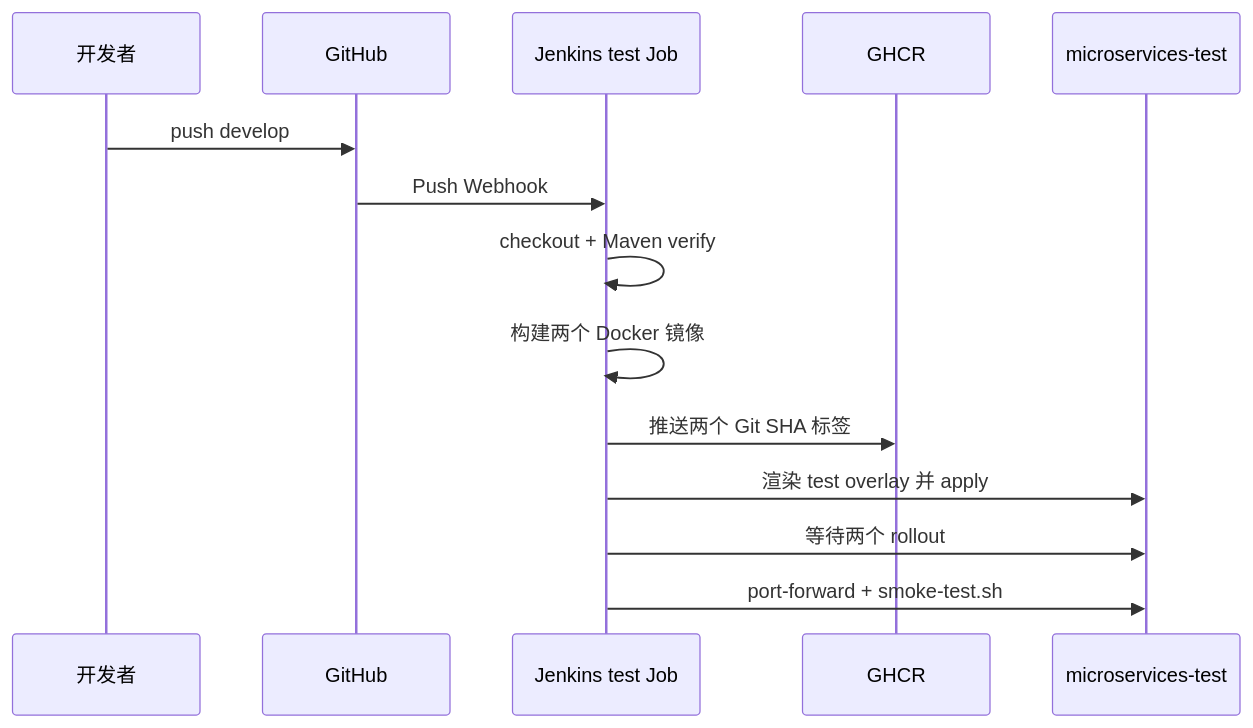
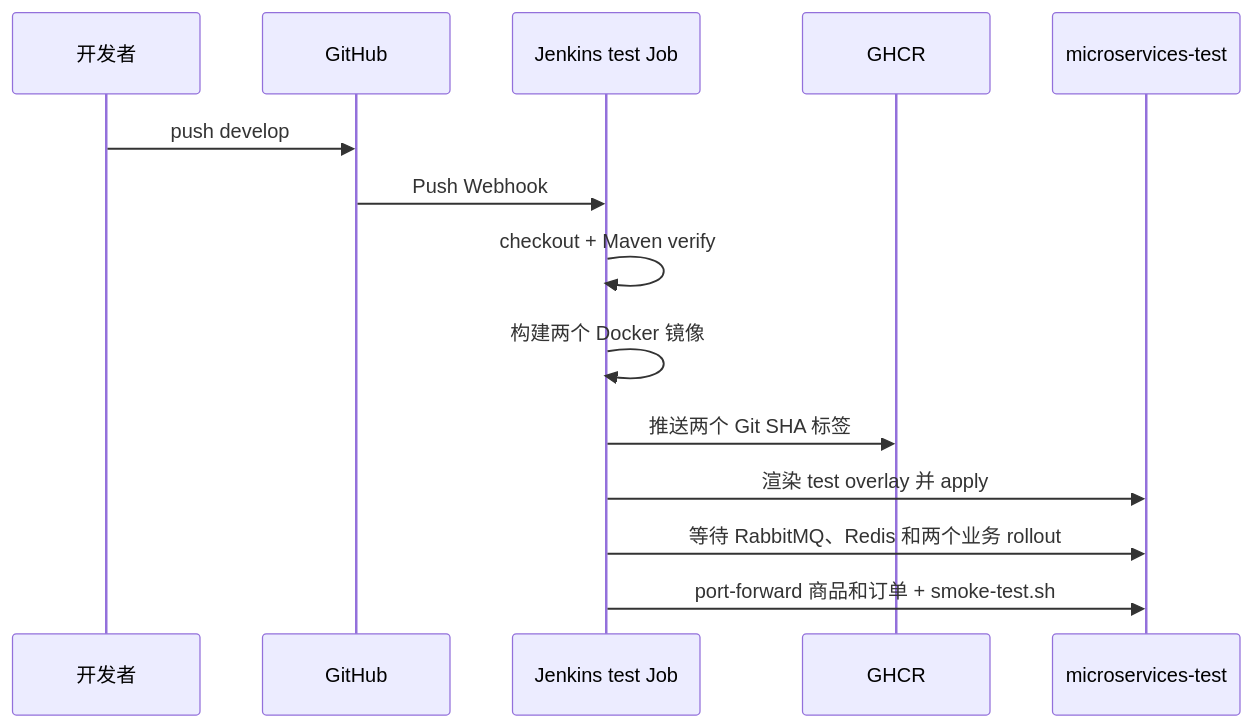
The fourth of 5 diagrams in docs/configuration-flow.md (helloworld250902-crypto/springboot-microservices-cicd-demo), drawn with Mermaid before and after one commit. The commit also changed other lines of this file and 4 other files, not shown here.

````diff
--- a/docs/configuration-flow.md
+++ b/docs/configuration-flow.md
@@ -61,17 +124,17 @@
 ```mermaid
 sequenceDiagram
     participant Dev as 开发者
     participant GitHub
     participant Jenkins as Jenkins test Job
     participant GHCR
     participant K8s as microservices-test
 
     Dev->>GitHub: push develop
     GitHub->>Jenkins: Push Webhook
     Jenkins->>Jenkins: checkout + Maven verify
     Jenkins->>Jenkins: 构建两个 Docker 镜像
     Jenkins->>GHCR: 推送两个 Git SHA 标签
     Jenkins->>K8s: 渲染 test overlay 并 apply
-    Jenkins->>K8s: 等待两个 rollout
-    Jenkins->>K8s: port-forward + smoke-test.sh
+    Jenkins->>K8s: 等待 RabbitMQ、Redis 和两个业务 rollout
+    Jenkins->>K8s: port-forward 商品和订单 + smoke-test.sh
 ```
````
